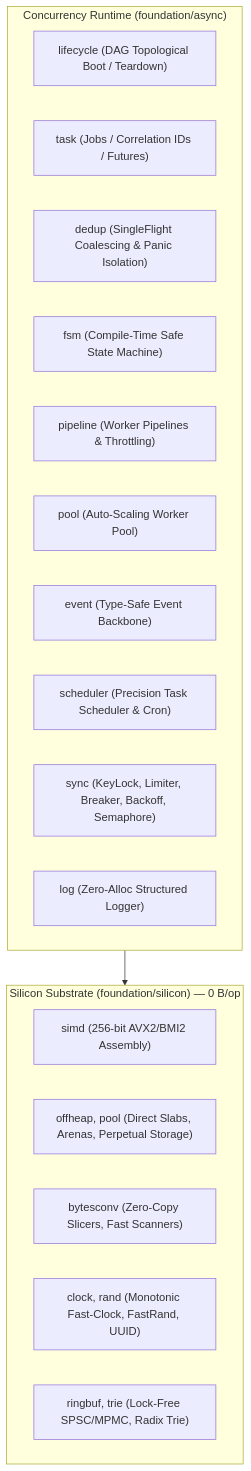
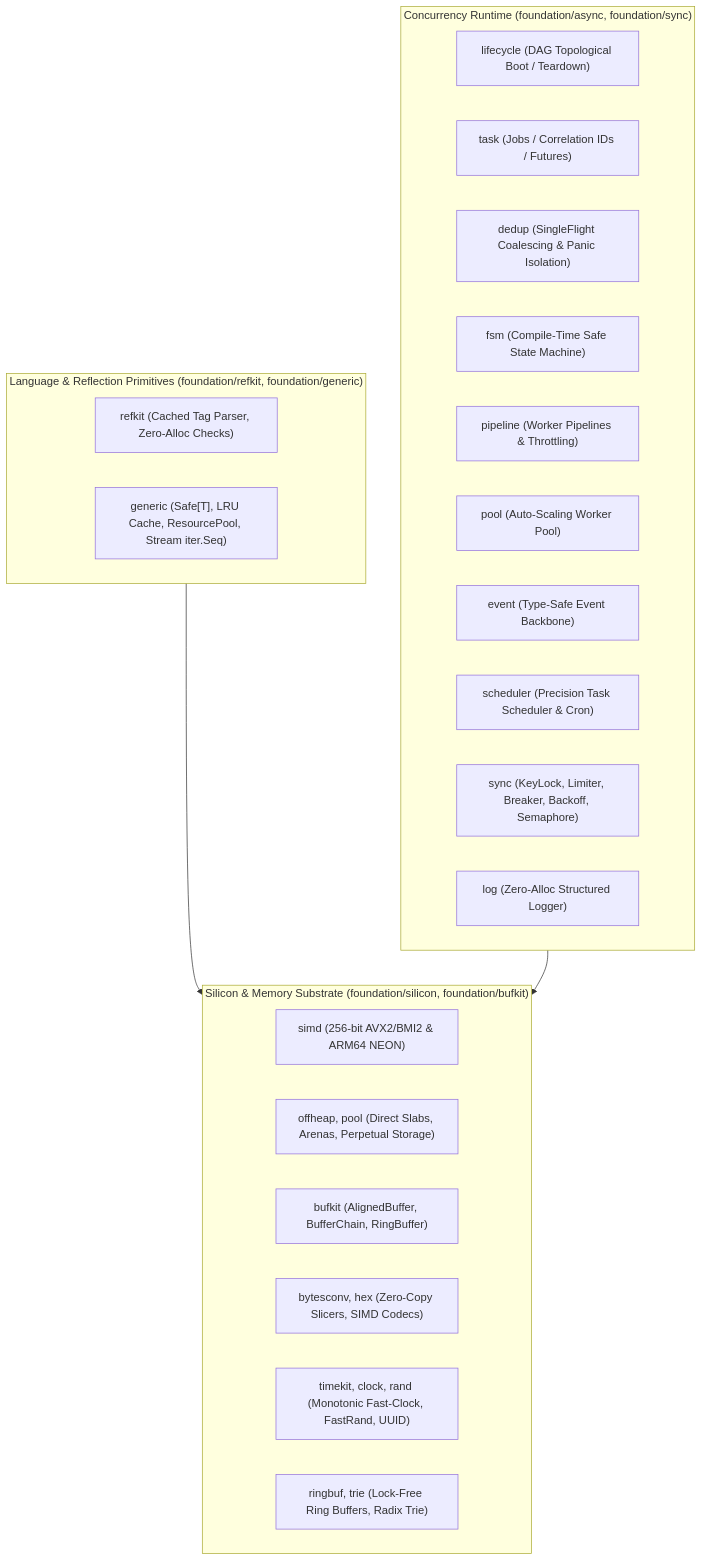
Before and after one commit to Lemon4ksan/foundation: the diagram in docs/ARCHITECTURE.md, drawn with Mermaid. The commit also changed other lines of this file and 81 other files, not shown here.

````diff
--- a/docs/ARCHITECTURE.md
+++ b/docs/ARCHITECTURE.md
@@ -10,25 +7,32 @@
 ```mermaid
 graph TD
-    subgraph Silicon["Silicon Substrate (foundation/silicon) — 0 B/op"]
-        SIMD["simd (256-bit AVX2/BMI2 Assembly)"]
+    subgraph Silicon["Silicon & Memory Substrate (foundation/silicon, foundation/bufkit)"]
+        SIMD["simd (256-bit AVX2/BMI2 & ARM64 NEON)"]
         MEM["offheap, pool (Direct Slabs, Arenas, Perpetual Storage)"]
-        CONV["bytesconv (Zero-Copy Slicers, Fast Scanners)"]
-        CLOCK["clock, rand (Monotonic Fast-Clock, FastRand, UUID)"]
-        STRUCT["ringbuf, trie (Lock-Free SPSC/MPMC, Radix Trie)"]
+        BUFKIT["bufkit (AlignedBuffer, BufferChain, RingBuffer)"]
+        CONV["bytesconv, hex (Zero-Copy Slicers, SIMD Codecs)"]
+        TIME["timekit, clock, rand (Monotonic Fast-Clock, FastRand, UUID)"]
+        STRUCT["ringbuf, trie (Lock-Free Ring Buffers, Radix Trie)"]
     end
 
-    subgraph Async["Concurrency Runtime (foundation/async)"]
+    subgraph Primitives["Language & Reflection Primitives (foundation/refkit, foundation/generic)"]
+        REF["refkit (Cached Tag Parser, Zero-Alloc Checks)"]
+        GEN["generic (Safe[T], LRU Cache, ResourcePool, Stream iter.Seq)"]
+    end
+
+    subgraph Async["Concurrency Runtime (foundation/async, foundation/sync)"]
         LIFE["lifecycle (DAG Topological Boot / Teardown)"]
         TASK["task (Jobs / Correlation IDs / Futures)"]
         DEDUP["dedup (SingleFlight Coalescing & Panic Isolation)"]
         FSM["fsm (Compile-Time Safe State Machine)"]
         PIPE["pipeline (Worker Pipelines & Throttling)"]
         POOL["pool (Auto-Scaling Worker Pool)"]
         EVENT["event (Type-Safe Event Backbone)"]
         SCHED["scheduler (Precision Task Scheduler & Cron)"]
         SYNC["sync (KeyLock, Limiter, Breaker, Backoff, Semaphore)"]
         LOG["log (Zero-Alloc Structured Logger)"]
     end
 
+    Primitives --> Silicon
     Async --> Silicon
 ```
````
